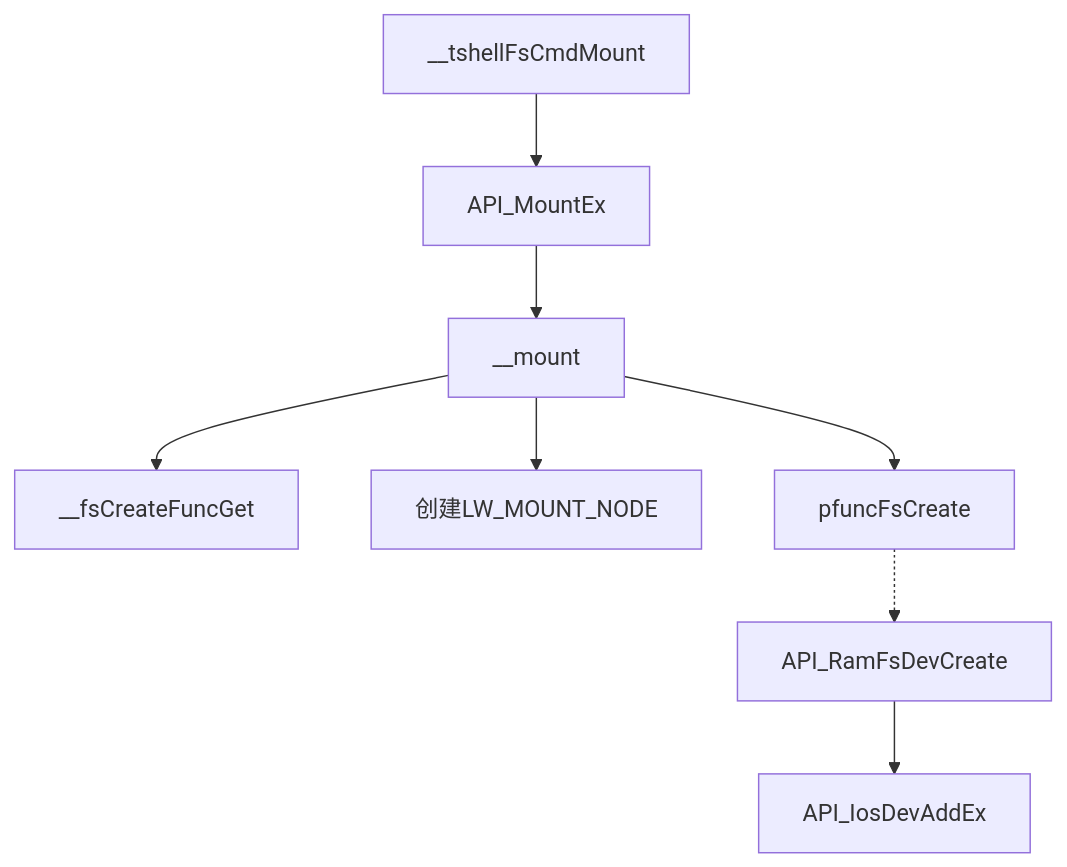
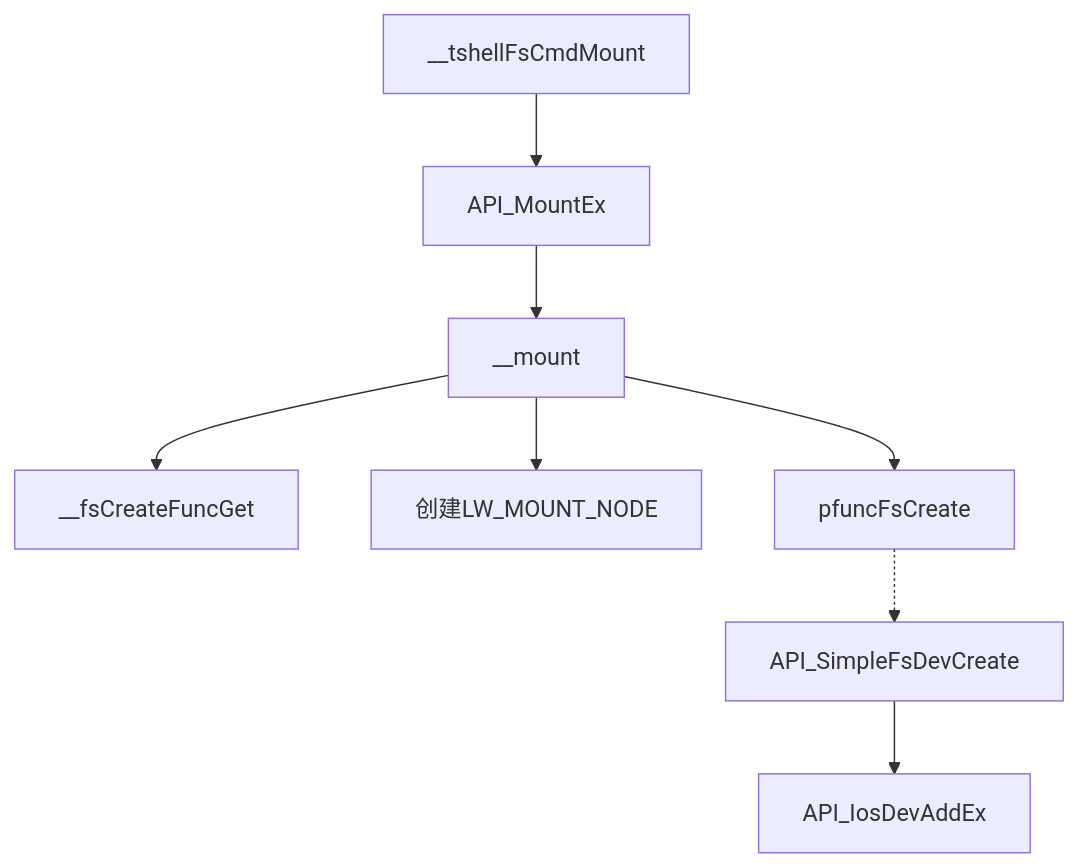
Before and after one commit to Hoit-23o2/HoitOS: the diagram in Records/Docs/06-SylixOSPractice-Part3.md, drawn with Mermaid. The commit also changed 7 other files, not shown here.

````diff
--- a/Records/Docs/06-SylixOSPractice-Part3.md
+++ b/Records/Docs/06-SylixOSPractice-Part3.md
@@ -31,11 +31,11 @@
 ```mermaid
 graph TB
 A[__tshellFsCmdMount] --> B[API_MountEx]
 B --> C[__mount]
 C --> D[__fsCreateFuncGet]
 C --> E[创建LW_MOUNT_NODE]
 C --> F[pfuncFsCreate]
-F -.-> G[API_RamFsDevCreate]
+F -.-> G[API_SimpleFsDevCreate]
 G --> H[API_IosDevAddEx]
 
 ```
````
